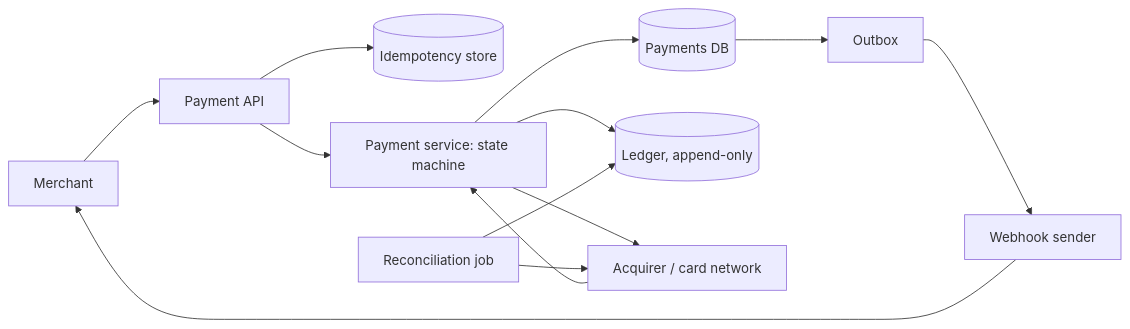
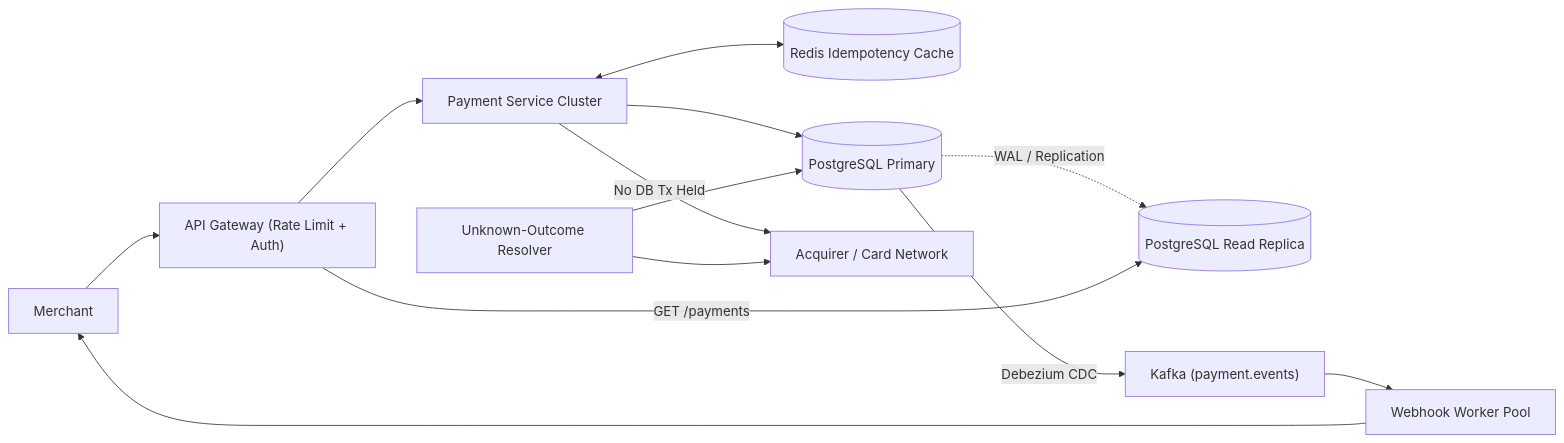
Before and after one commit to TapanKumarBarik/Backend-roadmap: the second of 5 diagrams in content/system-design/22-interview-design-problems/16-payment-processing-system/README.md, drawn with Mermaid. The commit also changed other lines of this file and 37 other files, not shown here.

Commit message:
Upgrade Track 22 (37 interview design problems) with scale-by-scale architecture evolution

````diff
--- a/content/system-design/22-interview-design-problems/16-payment-processing-system/README.md
+++ b/content/system-design/22-interview-design-problems/16-payment-processing-system/README.md
@@ -108,13 +212,15 @@
 ```mermaid
 flowchart LR
-  M["Merchant"] --> API["Payment API"]
-  API --> IK[("Idempotency store")]
-  API --> PS["Payment service: state machine"]
-  PS --> DB[("Payments DB")]
-  PS --> L[("Ledger, append-only")]
-  PS --> ACQ["Acquirer / card network"]
-  ACQ --> PS
-  DB --> OB["Outbox"] --> WH["Webhook sender"] --> M
-  REC["Reconciliation job"] --> ACQ
-  REC --> L
+  M["Merchant"] --> GW["API Gateway (Rate Limit + Auth)"]
+  GW --> PS["Payment Service Cluster"]
+  PS <--> RD[("Redis Idempotency Cache")]
+  PS --> DB[("PostgreSQL Primary")]
+  DB -. "WAL / Replication" .-> RR[("PostgreSQL Read Replica")]
+  GW -- "GET /payments" --> RR
+  PS -- "No DB Tx Held" --> ACQ["Acquirer / Card Network"]
+  DB -- "Debezium CDC" --> KF["Kafka (payment.events)"]
+  KF --> WH["Webhook Worker Pool"]
+  WH --> M
+  RES["Unknown-Outcome Resolver"] --> DB
+  RES --> ACQ
 ```
````
